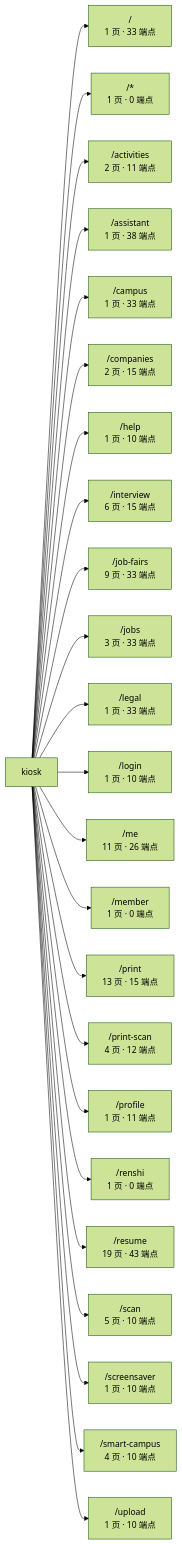
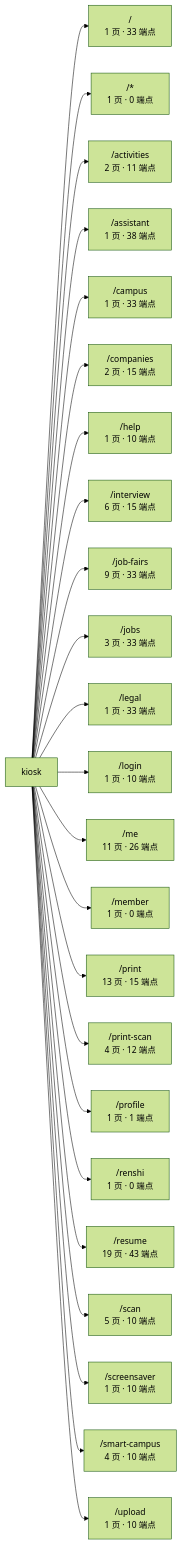
The first of 3 diagrams in docs/graph/routes.md (wanglei581/YITIJI), drawn with Mermaid (forest theme) before and after one commit. The commit also changed other lines of this file and 8 other files, not shown here.

First line of the commit message:
test+docs(kiosk): P0-5 — specs follow the non-blocking confirm; progress, spec status, graph

````diff
--- a/docs/graph/routes.md
+++ b/docs/graph/routes.md
@@ -17,27 +17,27 @@
 ```mermaid
 flowchart LR
   app["kiosk"]
   app --> _root_["/<br/>1 页 · 33 端点"]
   app --> _["/*<br/>1 页 · 0 端点"]
   app --> activities["/activities<br/>2 页 · 11 端点"]
   app --> assistant["/assistant<br/>1 页 · 38 端点"]
   app --> campus["/campus<br/>1 页 · 33 端点"]
   app --> companies["/companies<br/>2 页 · 15 端点"]
   app --> help["/help<br/>1 页 · 10 端点"]
   app --> interview["/interview<br/>6 页 · 15 端点"]
   app --> job_fairs["/job-fairs<br/>9 页 · 33 端点"]
   app --> jobs["/jobs<br/>3 页 · 33 端点"]
   app --> legal["/legal<br/>1 页 · 33 端点"]
   app --> login["/login<br/>1 页 · 10 端点"]
   app --> me["/me<br/>11 页 · 26 端点"]
   app --> member["/member<br/>1 页 · 0 端点"]
   app --> print["/print<br/>13 页 · 15 端点"]
   app --> print_scan["/print-scan<br/>4 页 · 12 端点"]
-  app --> profile["/profile<br/>1 页 · 11 端点"]
+  app --> profile["/profile<br/>1 页 · 1 端点"]
   app --> renshi["/renshi<br/>1 页 · 0 端点"]
   app --> resume["/resume<br/>19 页 · 43 端点"]
   app --> scan["/scan<br/>5 页 · 10 端点"]
   app --> screensaver["/screensaver<br/>1 页 · 10 端点"]
   app --> smart_campus["/smart-campus<br/>4 页 · 10 端点"]
   app --> upload["/upload<br/>1 页 · 10 端点"]
 ```
````
